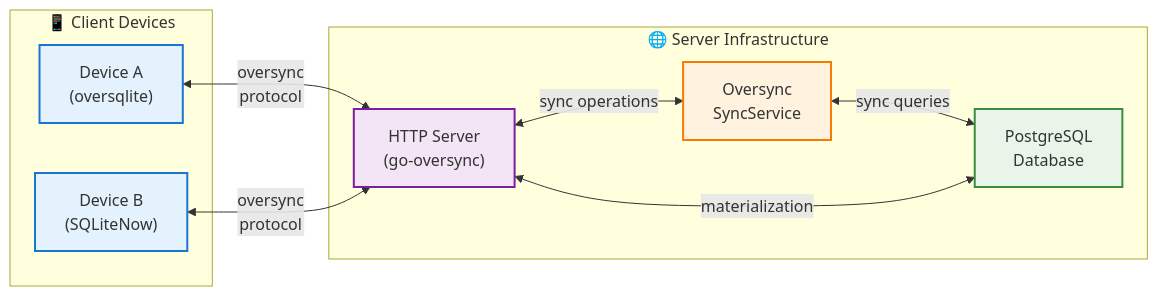
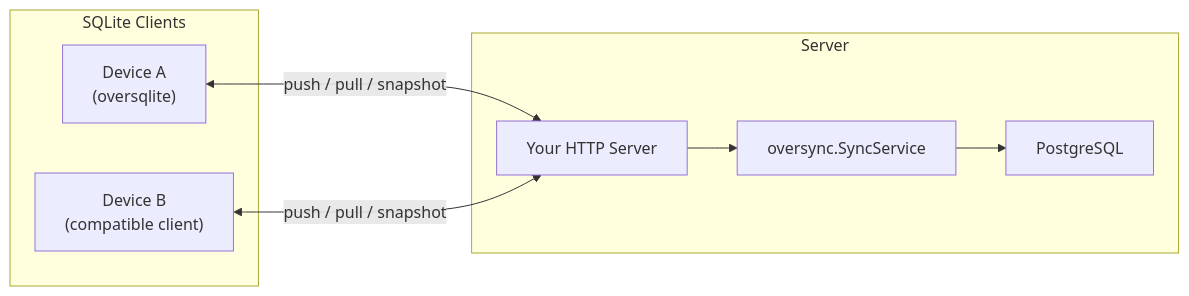
One commit to mobiletoly/go-oversync changed the diagram in docs/architecture.md. Above: the diagram before and after it, drawn with Mermaid. The commit also changed other lines of this file and 43 other files, not shown here.

Commit message:
Redesign backend sync architecture

````diff
--- a/docs/architecture.md
+++ b/docs/architecture.md
@@ -68,29 +34,18 @@
 ```mermaid
 flowchart LR
-    subgraph Clients ["📱 Client Devices"]
+    subgraph Clients["SQLite Clients"]
         DeviceA["Device A<br/>(oversqlite)"]
-        DeviceB["Device B<br/>(SQLiteNow)"]
+        DeviceB["Device B<br/>(compatible client)"]
     end
 
-    subgraph Server ["🌐 Server Infrastructure"]
-        HTTPServer["HTTP Server<br/>(go-oversync)"]
-        SyncService["Oversync<br/>SyncService"]
-        PostgreSQL["PostgreSQL<br/>Database"]
+    subgraph Server["Server"]
+        HTTPServer["Your HTTP Server"]
+        SyncService["oversync.SyncService"]
+        PostgreSQL["PostgreSQL"]
     end
 
-    DeviceA <-->|"oversync<br/>protocol"| HTTPServer
-    DeviceB <-->|"oversync<br/>protocol"| HTTPServer
-    HTTPServer <-->|"sync operations"| SyncService
-    SyncService <-->|"sync queries"| PostgreSQL
-    HTTPServer <-->|"materialization"| PostgreSQL
-
-    classDef client fill:#e3f2fd,stroke:#1976d2,stroke-width:2px
-    classDef server fill:#f3e5f5,stroke:#7b1fa2,stroke-width:2px
-    classDef service fill:#fff3e0,stroke:#f57c00,stroke-width:2px
-    classDef database fill:#e8f5e8,stroke:#388e3c,stroke-width:2px
-
-    class DeviceA,DeviceB client
-    class HTTPServer server
-    class SyncService service
-    class PostgreSQL database
+    DeviceA <-->|"push / pull / snapshot"| HTTPServer
+    DeviceB <-->|"push / pull / snapshot"| HTTPServer
+    HTTPServer --> SyncService
+    SyncService --> PostgreSQL
 ```
````
